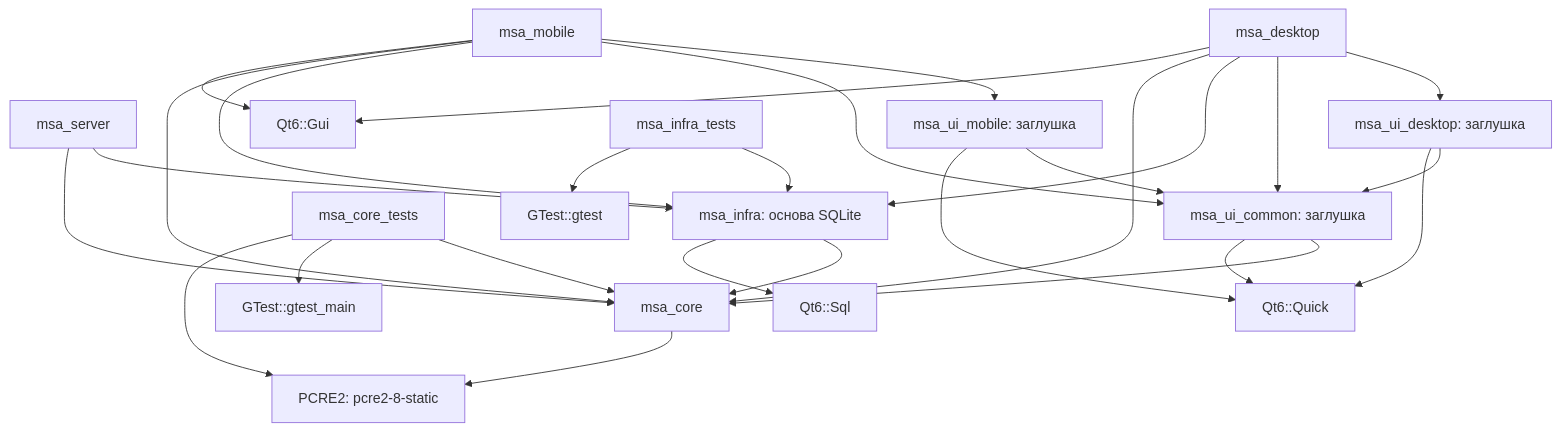
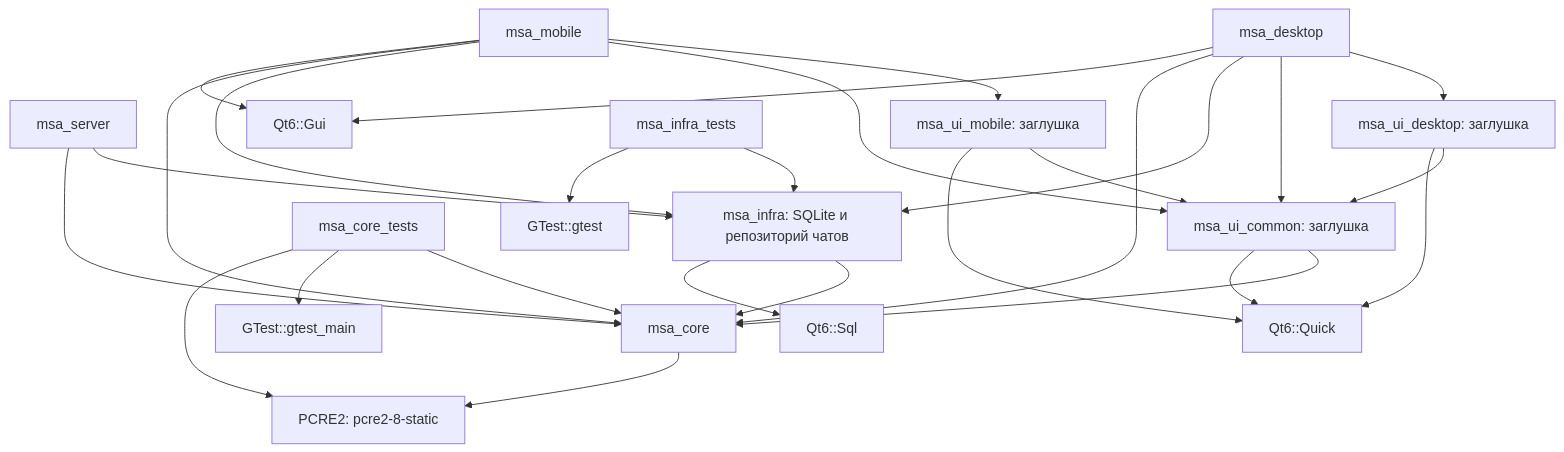
The first of 2 diagrams in docs/architecture.md (TasFoma/MySuperAssistant), drawn with Mermaid before and after one commit. The commit also changed other lines of this file and 13 other files, not shown here.

````diff
--- a/docs/architecture.md
+++ b/docs/architecture.md
@@ -44,29 +46,29 @@
 ```mermaid
 flowchart TD
-    server[msa_server] --> infra[msa_infra: основа SQLite]
+    server[msa_server] --> infra[msa_infra: SQLite и репозиторий чатов]
     server --> core[msa_core]
     desktop[msa_desktop] --> desktopUI[msa_ui_desktop: заглушка]
     desktop --> common[msa_ui_common: заглушка]
     desktop --> infra
     desktop --> core
     desktop --> gui[Qt6::Gui]
     mobile[msa_mobile] --> mobileUI[msa_ui_mobile: заглушка]
     mobile --> common
     mobile --> infra
     mobile --> core
     mobile --> gui
     desktopUI --> common
     desktopUI --> quick[Qt6::Quick]
     mobileUI --> common
     mobileUI --> quick
     common --> core
     common --> quick
     infra --> core
     infra --> sql[Qt6::Sql]
     core --> pcre[PCRE2: pcre2-8-static]
     tests[msa_core_tests] --> core
     tests --> gtest[GTest::gtest_main]
     tests --> pcre
     infraTests[msa_infra_tests] --> infra
     infraTests --> infraGtest[GTest::gtest]
 ```
````
